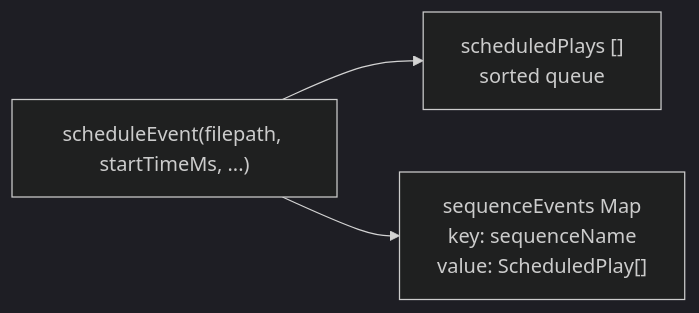
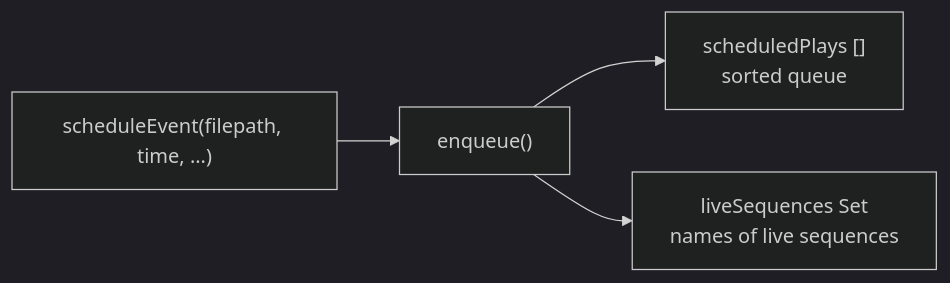
The first of 4 diagrams in sites/dev/en/scheduling/event-queue.md (signalcompose/orbitscore), drawn with Mermaid (dark theme) before and after one commit. The commit also changed other lines of this file and 8 other files, not shown here.

````diff
--- a/sites/dev/en/scheduling/event-queue.md
+++ b/sites/dev/en/scheduling/event-queue.md
@@ -80,5 +178,6 @@
 ```mermaid
 flowchart LR
-  SE["scheduleEvent(filepath, startTimeMs, ...)"] --> SP["scheduledPlays []\nsorted queue"]
-  SE --> MAP["sequenceEvents Map\nkey: sequenceName\nvalue: ScheduledPlay[]"]
+  SE["scheduleEvent(filepath, time, ...)"] --> EQ["enqueue()"]
+  EQ --> SP["scheduledPlays []\nsorted queue"]
+  EQ --> SET["liveSequences Set\nnames of live sequences"]
 ```
````
